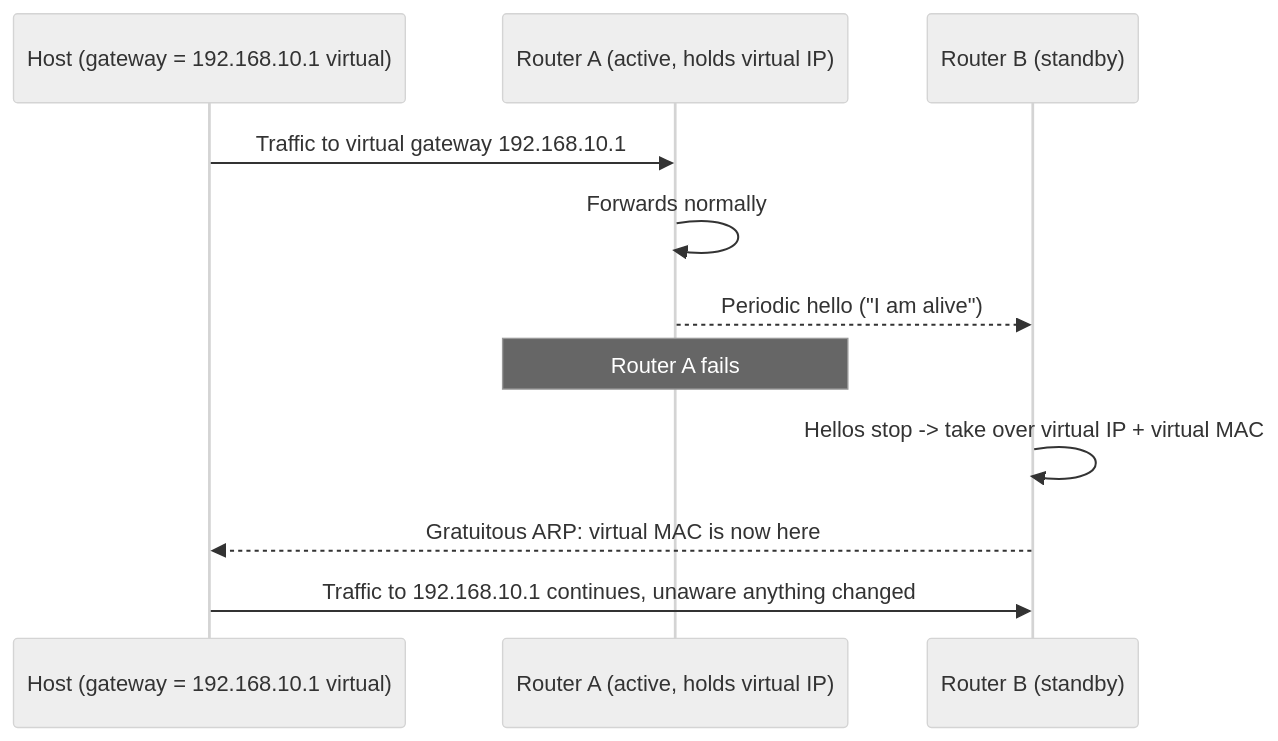
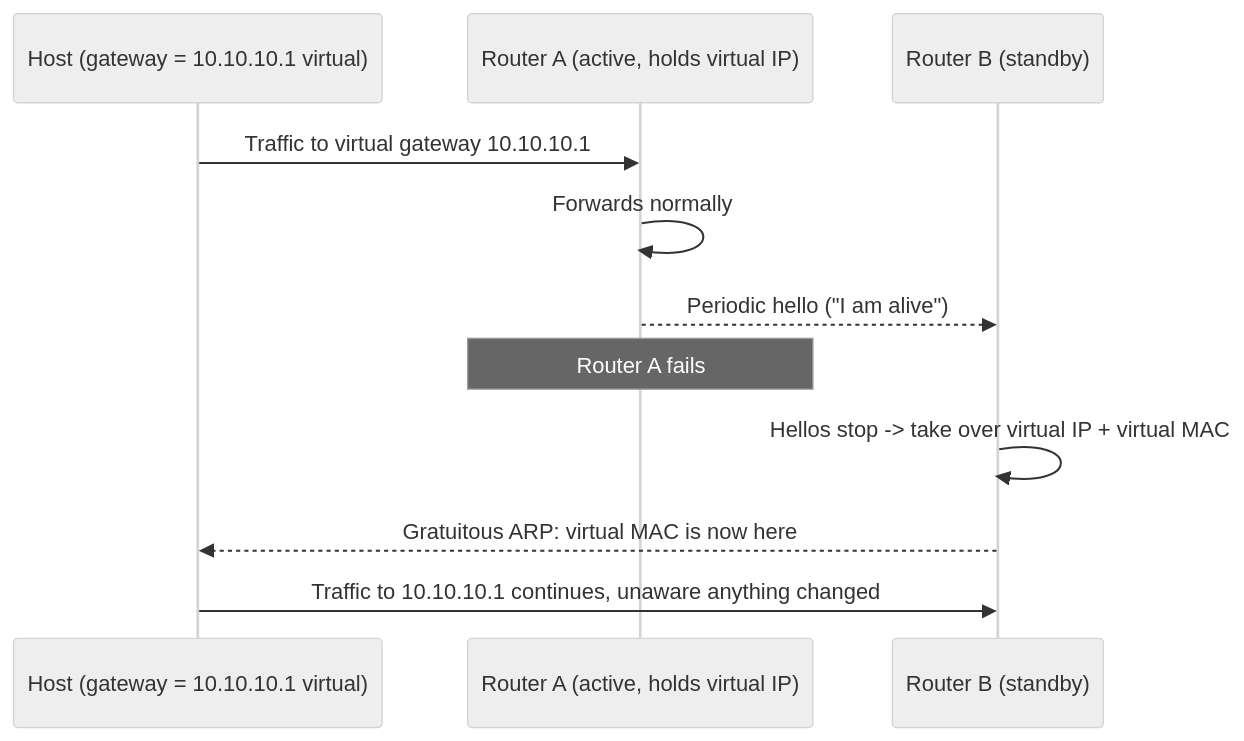
The diagram in Networking/Routing & the Network Layer/First-Hop Redundancy & Gateway Failover.md (nnr-root/cybersec-crook2root-notes), drawn with Mermaid (neutral theme) before and after one commit. The commit also changed other lines of this file and 5 other files, not shown here.

````diff
--- a/Networking/Routing & the Network Layer/First-Hop Redundancy & Gateway Failover.md
+++ b/Networking/Routing & the Network Layer/First-Hop Redundancy & Gateway Failover.md
@@ -43,13 +43,13 @@
 ```mermaid
 sequenceDiagram
-    participant H as Host (gateway = 192.168.10.1 virtual)
+    participant H as Host (gateway = 10.10.10.1 virtual)
     participant A as Router A (active, holds virtual IP)
     participant B as Router B (standby)
-    H->>A: Traffic to virtual gateway 192.168.10.1
+    H->>A: Traffic to virtual gateway 10.10.10.1
     A->>A: Forwards normally
     A-->>B: Periodic hello ("I am alive")
     Note over A: Router A fails
     B->>B: Hellos stop -> take over virtual IP + virtual MAC
     B-->>H: Gratuitous ARP: virtual MAC is now here
-    H->>B: Traffic to 192.168.10.1 continues, unaware anything changed
+    H->>B: Traffic to 10.10.10.1 continues, unaware anything changed
 ```
````
